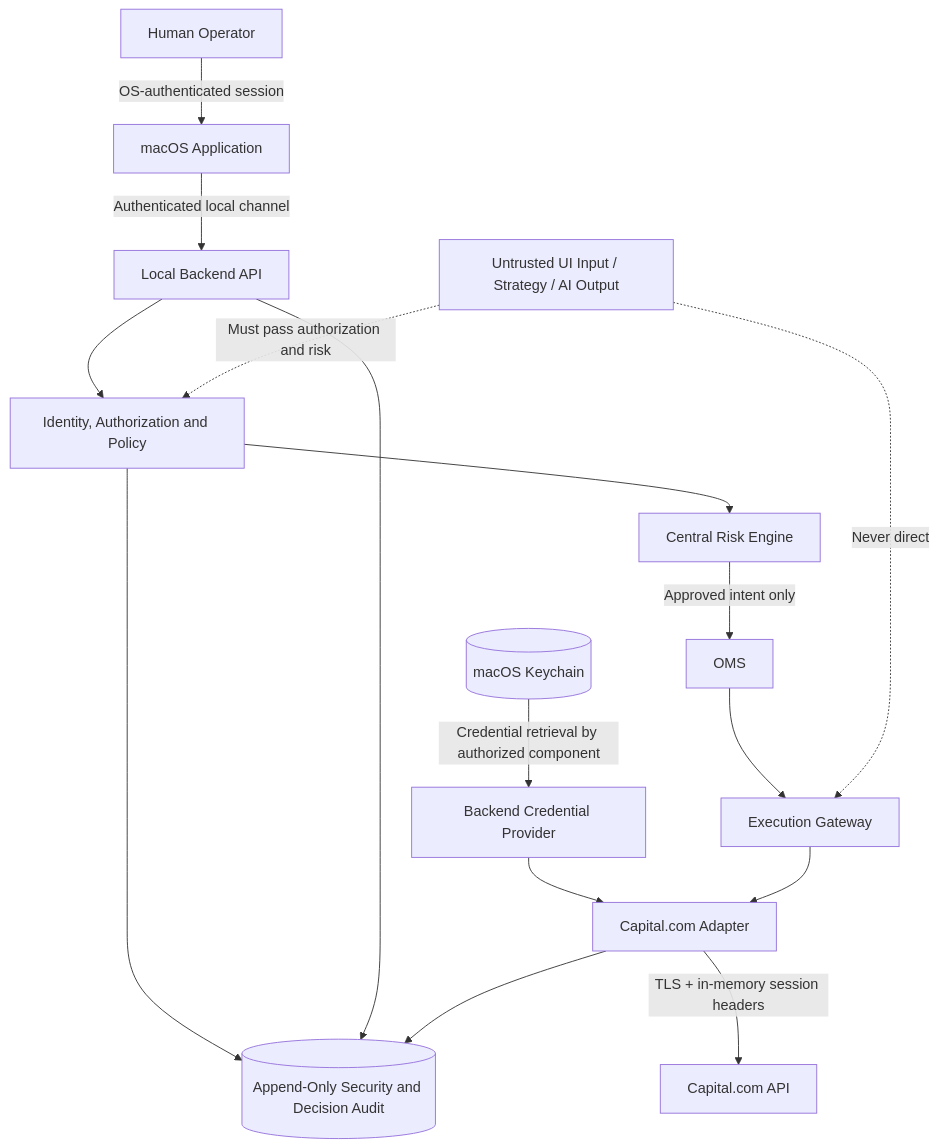
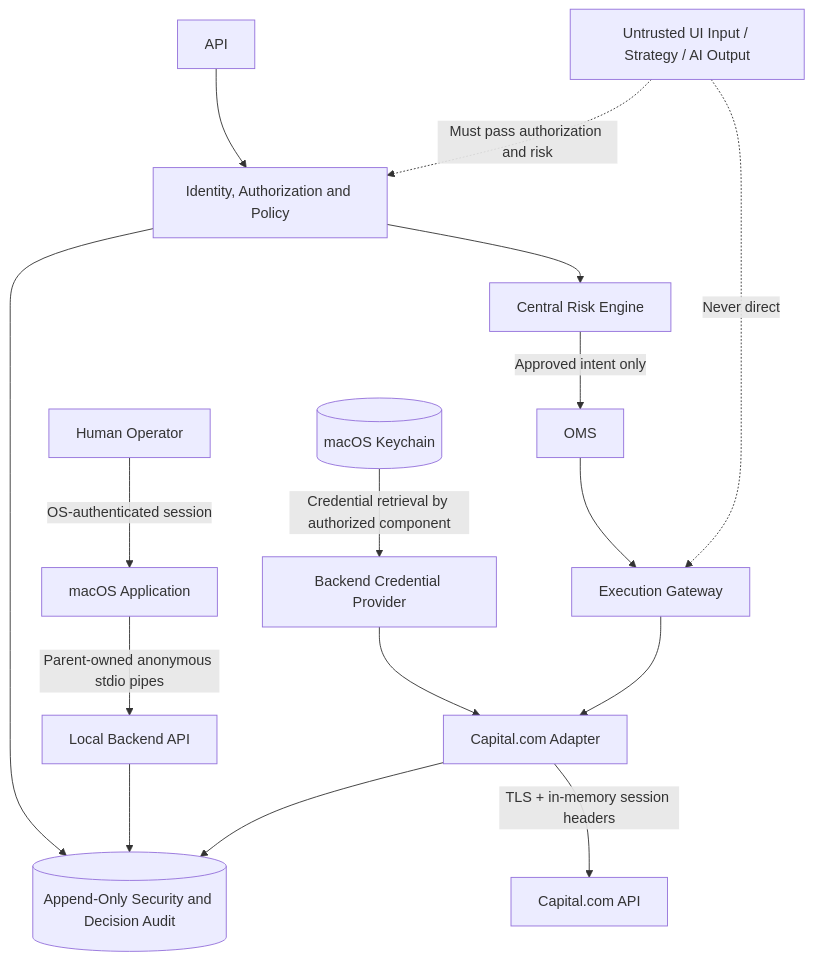
One commit to atheertrading/AtheerAutotrade changed the eighth of 10 diagrams in docs/architecture/diagrams/README.md. Above: the diagram before and after it, drawn with Mermaid. The commit also changed other lines of this file, not shown here.

Commit message:
docs(architecture): align trust-boundary diagrams with stdio IPC

````diff
--- a/docs/architecture/diagrams/README.md
+++ b/docs/architecture/diagrams/README.md
@@ -282,19 +284,19 @@
 ```mermaid
 flowchart TB
     OP["Human Operator"] -->|OS-authenticated session| APP["macOS Application"]
-    APP -->|Authenticated local channel| API["Local Backend API"]
+    APP -->|Parent-owned anonymous stdio pipes| IPC["Local Backend API"]
     API --> AUTHZ["Identity, Authorization and Policy"]
     KEYCHAIN[("macOS Keychain")] -->|Credential retrieval by authorized component| PROVIDER["Backend Credential Provider"]
     PROVIDER --> ADAPTER["Capital.com Adapter"]
     ADAPTER -->|TLS + in-memory session headers| BROKER["Capital.com API"]
     AUTHZ --> AUDIT[("Append-Only Security and Decision Audit")]
-    API --> AUDIT
+    IPC --> AUDIT
     ADAPTER --> AUDIT
     AUTHZ --> RISK["Central Risk Engine"]
     RISK -->|Approved intent only| OMS["OMS"]
     OMS --> GATEWAY["Execution Gateway"]
     GATEWAY --> ADAPTER
 
     UNTRUSTED["Untrusted UI Input / Strategy / AI Output"] -.->|Never direct| GATEWAY
     UNTRUSTED -.->|Must pass authorization and risk| AUTHZ
 ```
````
